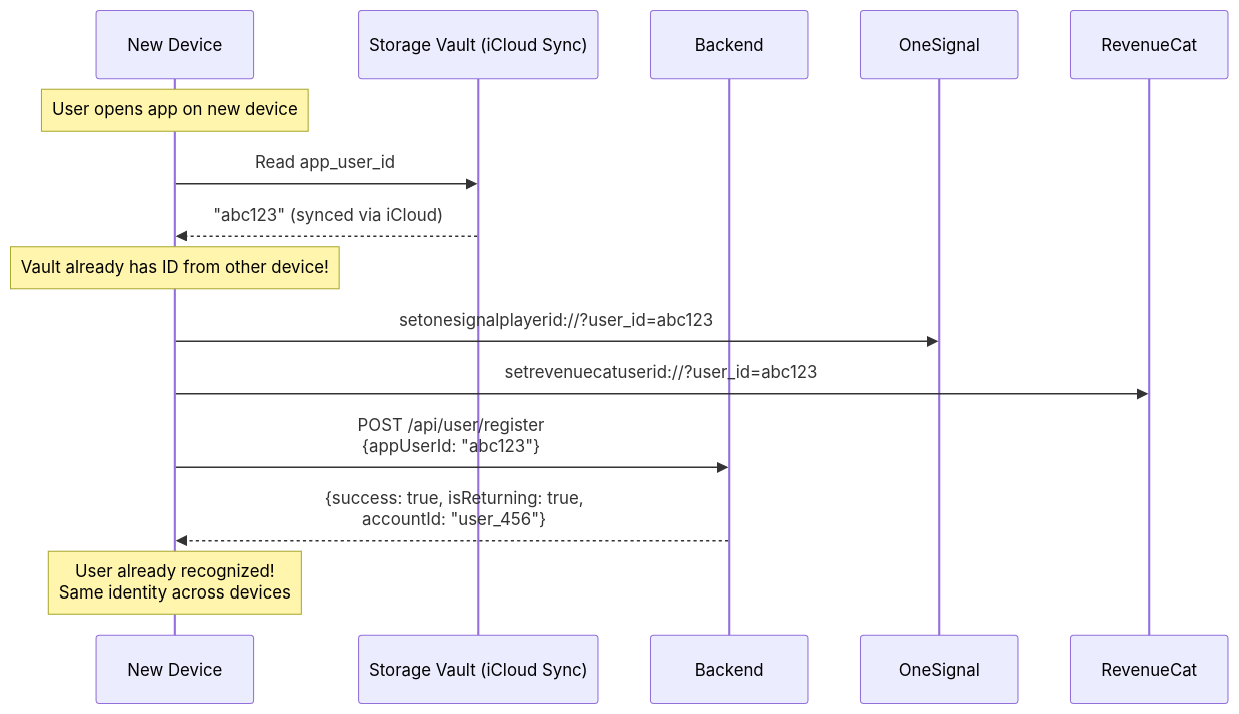
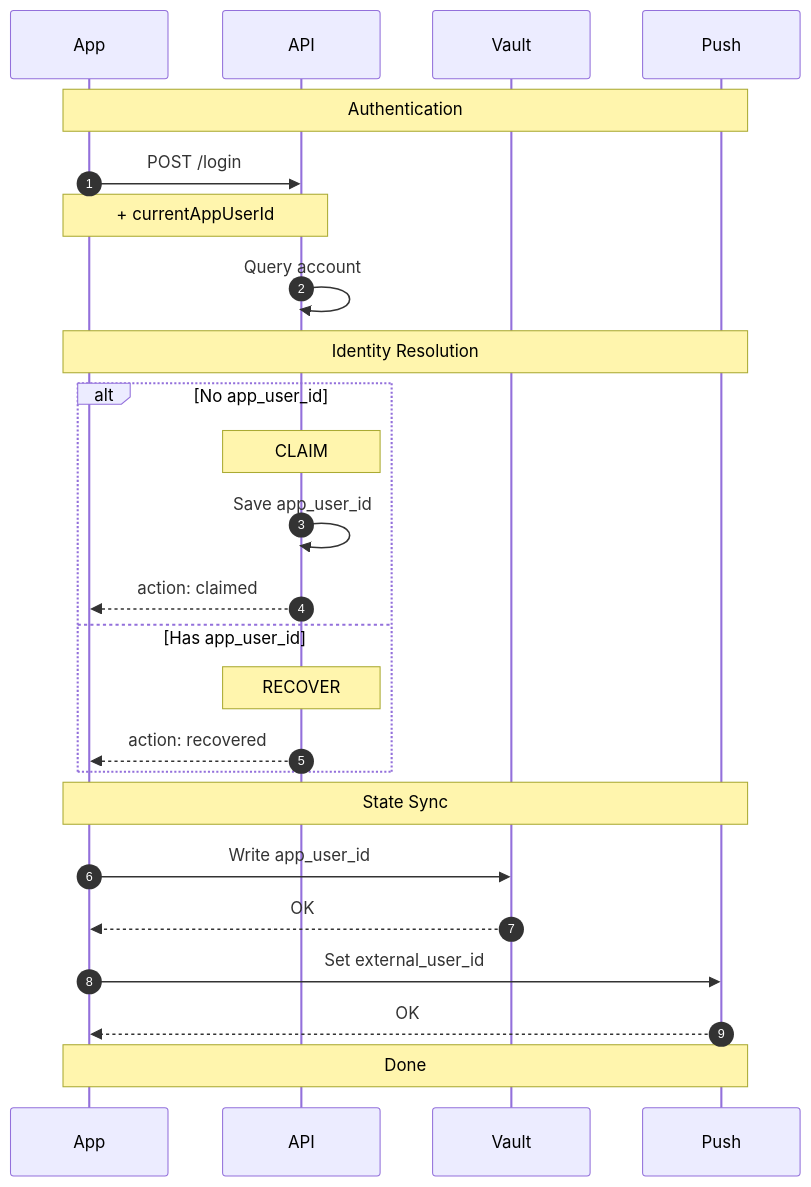
Before and after one commit to despia-native/docs: the third of 4 diagrams in best-practices/backend/one-signal/user-session.mdx, drawn with Mermaid. The commit also changed other lines of this file and 3 other files, not shown here.

````diff
--- a/best-practices/backend/one-signal/user-session.mdx
+++ b/best-practices/backend/one-signal/user-session.mdx
@@ -304,23 +162,35 @@
 ```mermaid
 sequenceDiagram
-    participant App as New Device
-    participant Vault as Storage Vault (iCloud Sync)
-    participant Backend as Backend
-    participant OS as OneSignal
-    participant RC as RevenueCat
+    autonumber
     
-    Note over App: User opens app on new device
+    participant App
+    participant API
+    participant Vault
+    participant Push
     
-    App->>Vault: Read app_user_id
-    Vault-->>App: "abc123" (synced via iCloud)
+    Note over App,Push: Authentication
     
-    Note over App: Vault already has ID from other device!
+    App->>API: POST /login
+    Note over App,API: + currentAppUserId
+    API->>API: Query account
     
-    App->>OS: setonesignalplayerid://?user_id=abc123
-    App->>RC: setrevenuecatuserid://?user_id=abc123
+    Note over App,Push: Identity Resolution
     
-    App->>Backend: POST /api/user/register<br/>{appUserId: "abc123"}
-    Backend-->>App: {success: true, isReturning: true,<br/>accountId: "user_456"}
+    alt No app_user_id
+        Note over API: CLAIM
+        API->>API: Save app_user_id
+        API-->>App: action: claimed
+    else Has app_user_id
+        Note over API: RECOVER
+        API-->>App: action: recovered
+    end
     
-    Note over App: User already recognized!<br/>Same identity across devices
+    Note over App,Push: State Sync
+    
+    App->>Vault: Write app_user_id
+    Vault-->>App: OK
+    App->>Push: Set external_user_id
+    Push-->>App: OK
+    
+    Note over App,Push: Done
 ```
````
